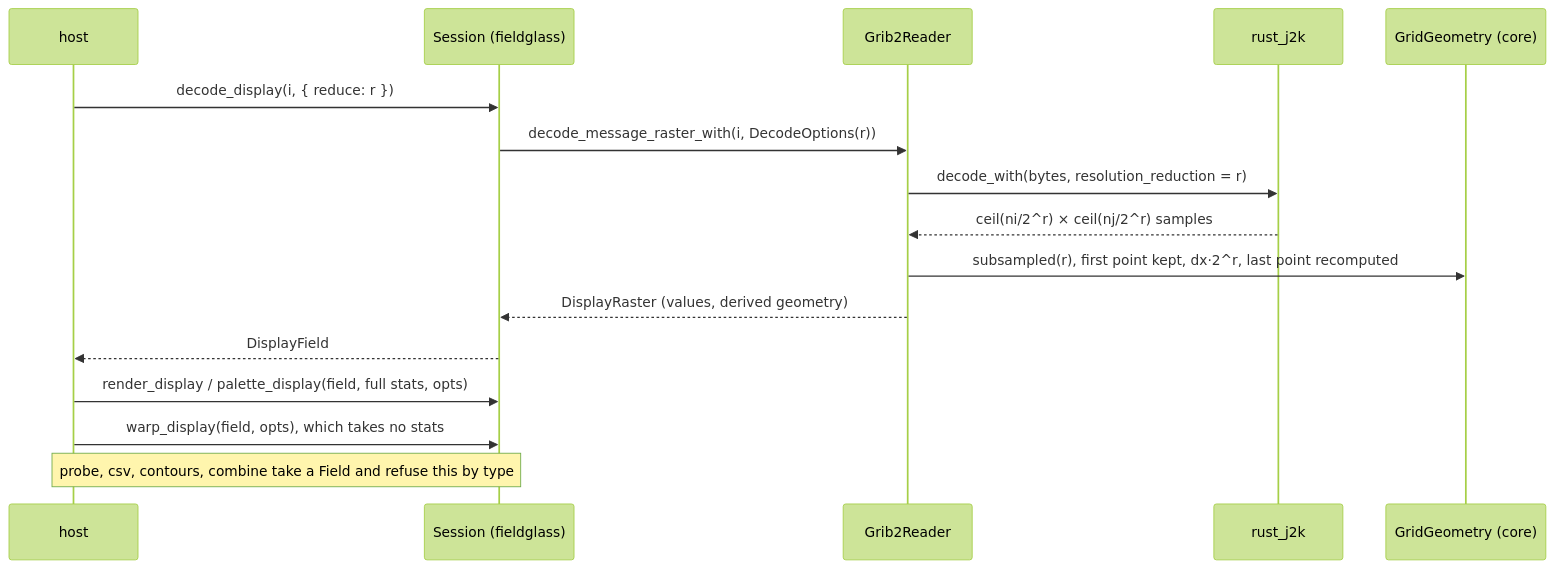
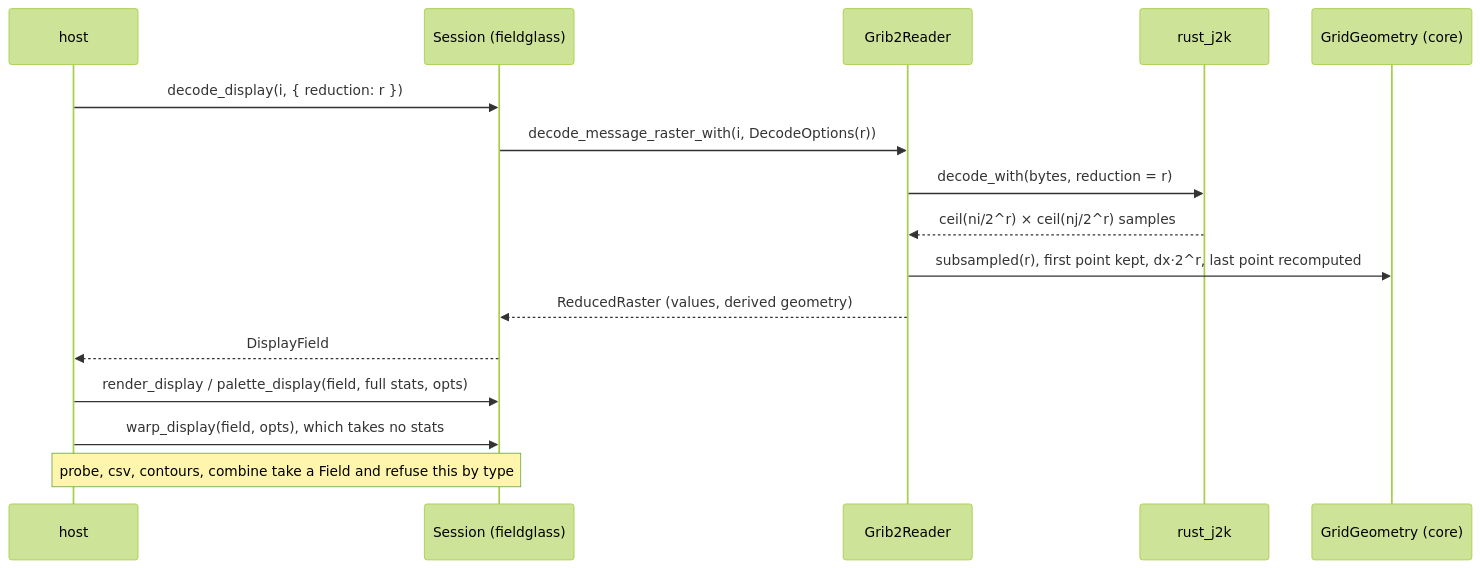
One commit to D0ubleD0uble/fieldglass changed the fifth of 6 diagrams in docs/architecture/planned/02-trait-seams.md. Above: the diagram before and after it, drawn with Mermaid (forest theme). The commit also changed other lines of this file and 384 other files, not shown here.

````diff
--- a/docs/architecture/planned/02-trait-seams.md
+++ b/docs/architecture/planned/02-trait-seams.md
@@ -410,18 +410,18 @@
 ```mermaid
 sequenceDiagram
     participant H as host
     participant S as Session (fieldglass)
     participant R as Grib2Reader
     participant J as rust_j2k
     participant G as GridGeometry (core)
-    H->>S: decode_display(i, { reduce: r })
+    H->>S: decode_display(i, { reduction: r })
     S->>R: decode_message_raster_with(i, DecodeOptions(r))
-    R->>J: decode_with(bytes, resolution_reduction = r)
+    R->>J: decode_with(bytes, reduction = r)
     J-->>R: ceil(ni/2^r) × ceil(nj/2^r) samples
     R->>G: subsampled(r), first point kept, dx·2^r, last point recomputed
-    R-->>S: DisplayRaster (values, derived geometry)
+    R-->>S: ReducedRaster (values, derived geometry)
     S-->>H: DisplayField
     H->>S: render_display / palette_display(field, full stats, opts)
     H->>S: warp_display(field, opts), which takes no stats
     Note over H,S: probe, csv, contours, combine take a Field and refuse this by type
 ```
````
